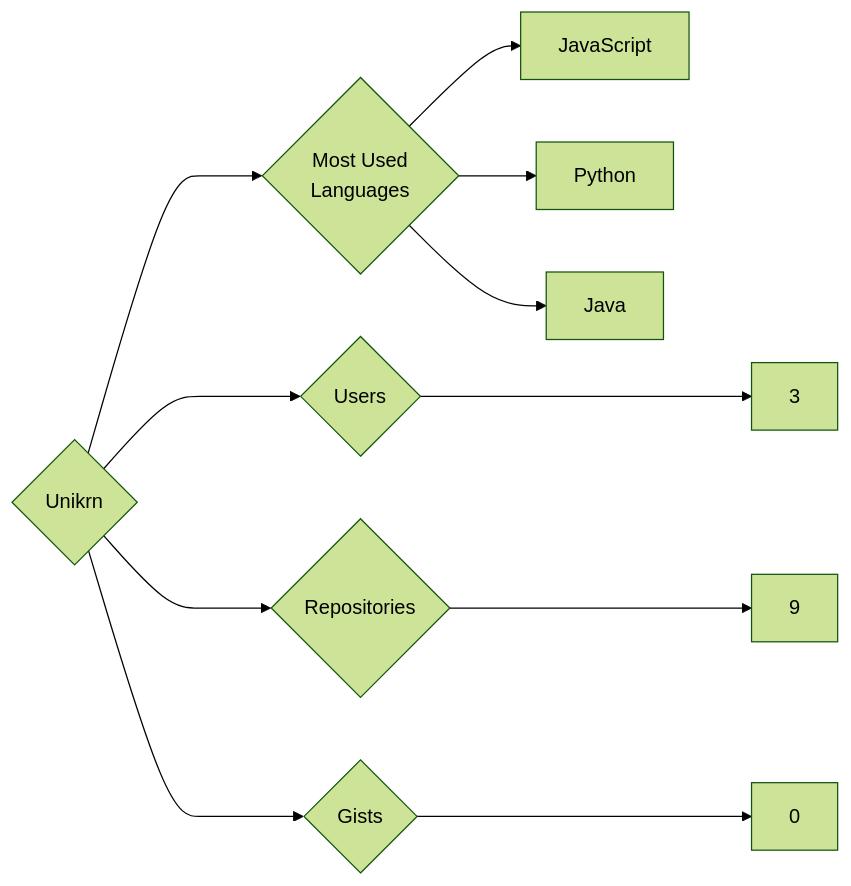
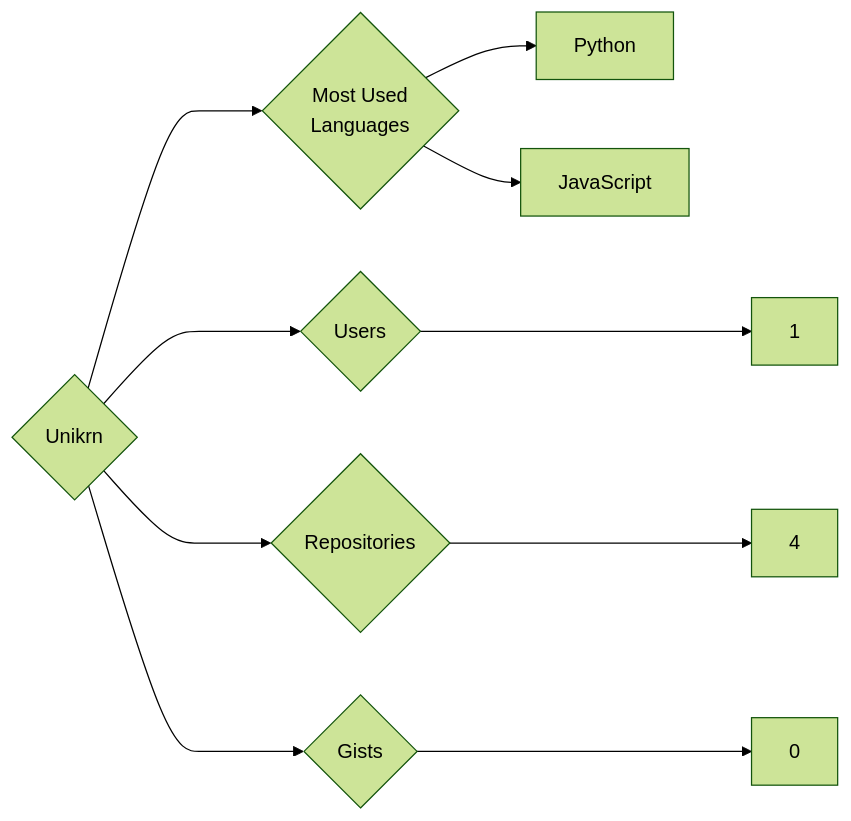
Before and after one commit to trickest/insiders: the diagram in targets/Unikrn/README.md, drawn with Mermaid (forest theme). The commit also changed 829 other files, not shown here.

````diff
--- a/targets/Unikrn/README.md
+++ b/targets/Unikrn/README.md
@@ -3,11 +3,10 @@
 ```mermaid
 graph LR
 COMPANY_NAME{Unikrn}
-COMPANY_NAME ---> U{Users} ---> UN[3]
-COMPANY_NAME ---> R{Repositories} ---> RN[9]
+COMPANY_NAME ---> U{Users} ---> UN[1]
+COMPANY_NAME ---> R{Repositories} ---> RN[4]
 COMPANY_NAME ---> G{Gists} ---> GN[0]
 COMPANY_NAME ---> ML{Most Used<br>Languages}
+ML --> Python[Python]
 ML --> JavaScript[JavaScript]
-ML --> Python[Python]
-ML --> Java[Java]
 ```
````
